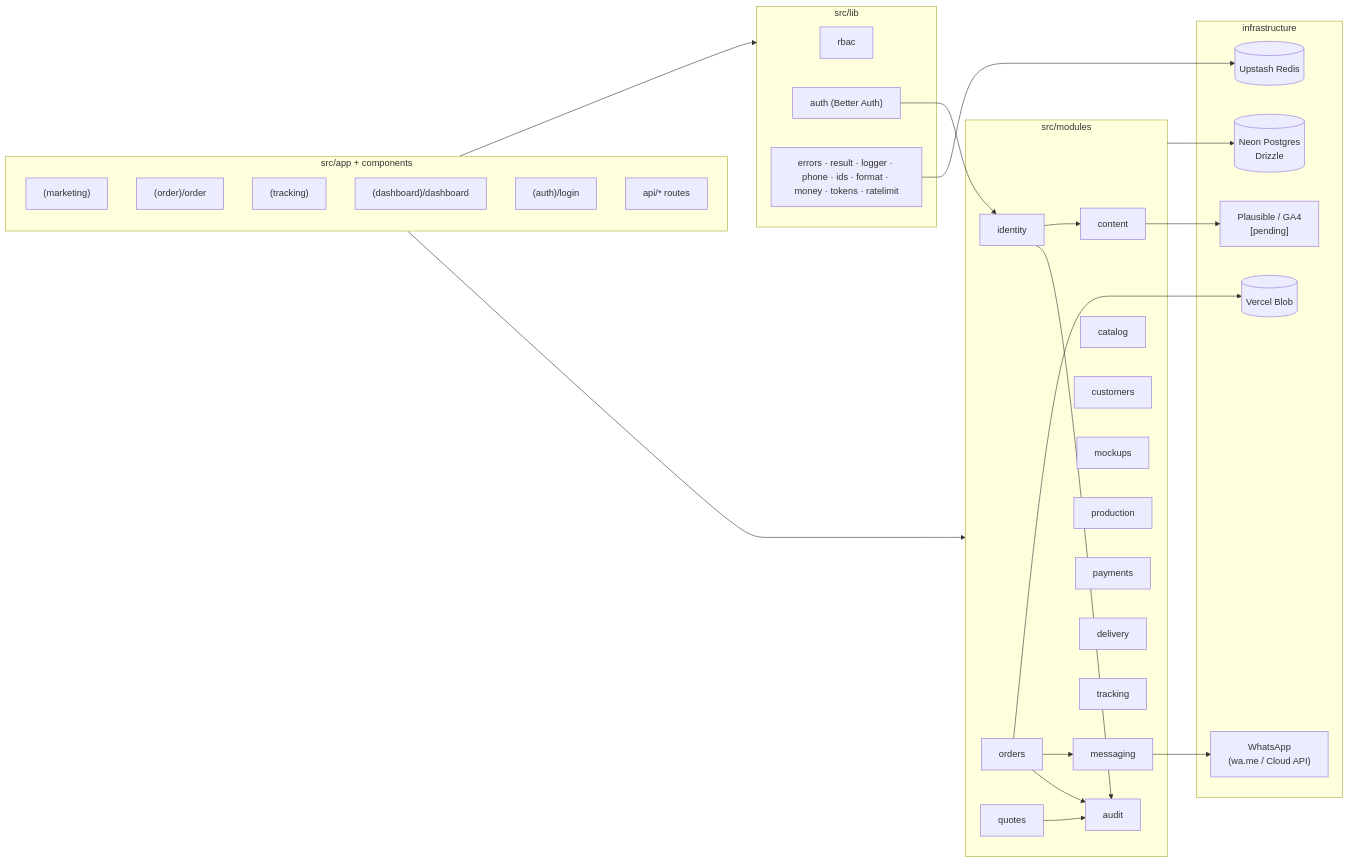
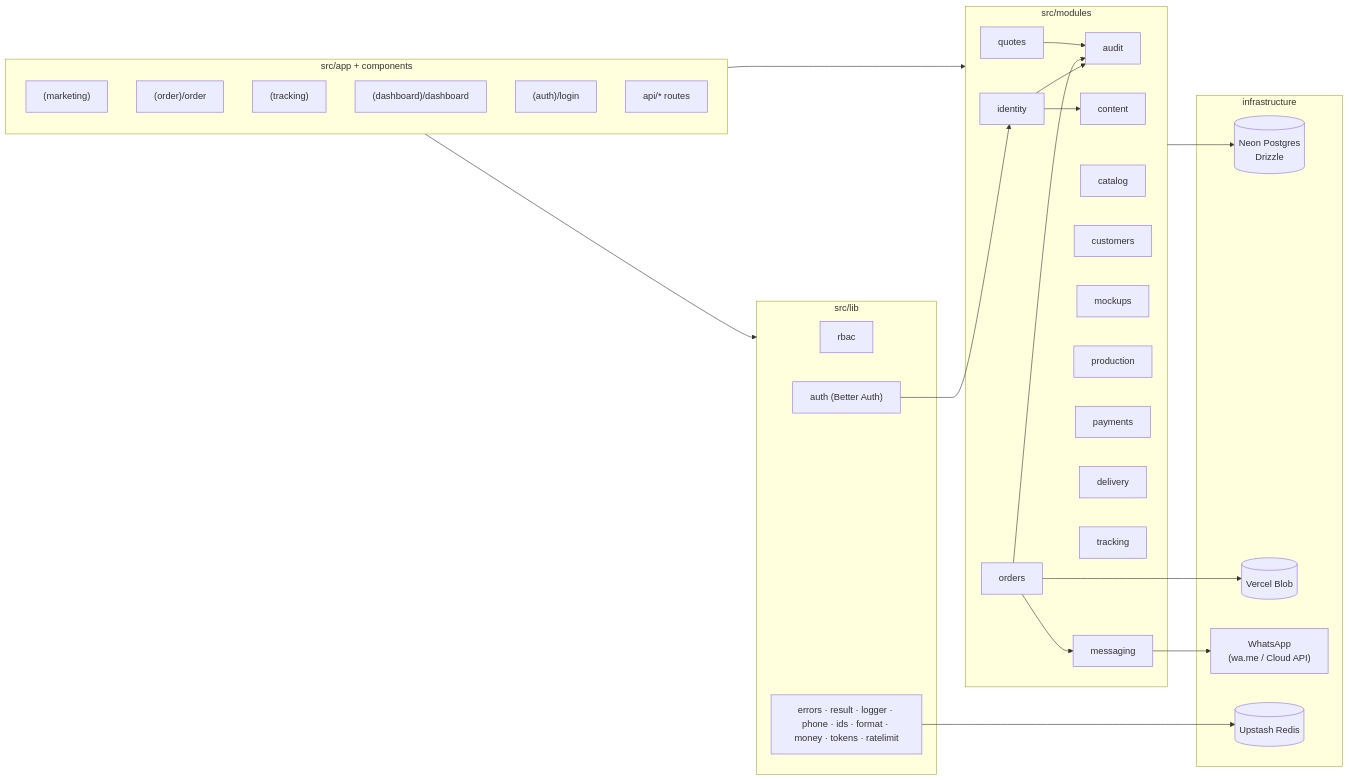
One commit to fatma-zaki/Yozersief changed the first of 3 diagrams in docs/architecture.md. Above: the diagram before and after it, drawn with Mermaid. The commit also changed other lines of this file and 82 other files, not shown here.

````diff
--- a/docs/architecture.md
+++ b/docs/architecture.md
@@ -8,50 +8,48 @@
 ```mermaid
 flowchart LR
   subgraph UI["src/app + components"]
     marketing["(marketing)"]
     order["(order)/order"]
     tracking["(tracking)"]
     dashboard["(dashboard)/dashboard"]
     authui["(auth)/login"]
     api["api/* routes"]
   end
 
   subgraph modules["src/modules"]
     identity --> audit
     identity --> content
     orders --> audit
     orders --> messaging
     quotes --> audit
     catalog
     customers
     mockups
     production
     payments
     delivery
     tracking_m["tracking"]
     content
   end
 
   subgraph lib["src/lib"]
     rbac
     auth["auth (Better Auth)"]
     helpers["errors · result · logger · phone · ids · format · money · tokens · ratelimit"]
   end
 
   subgraph infra["infrastructure"]
     pg[("Neon Postgres<br/>Drizzle")]
     blob[("Vercel Blob")]
     wa["WhatsApp<br/>(wa.me / Cloud API)"]
     redis[("Upstash Redis")]
-    analytics["Plausible / GA4<br/>[pending]"]
   end
 
   UI --> modules
   UI --> lib
   auth --> identity
   modules --> pg
   orders --> blob
   messaging --> wa
   helpers --> redis
-  content --> analytics
 ```
````
